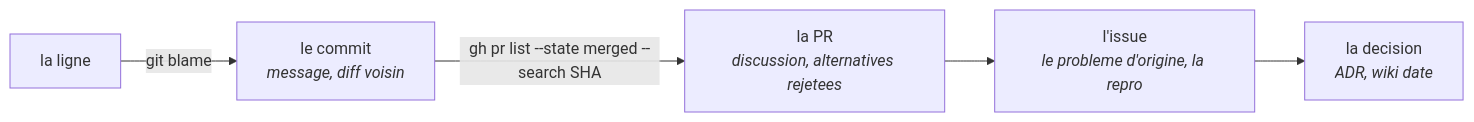
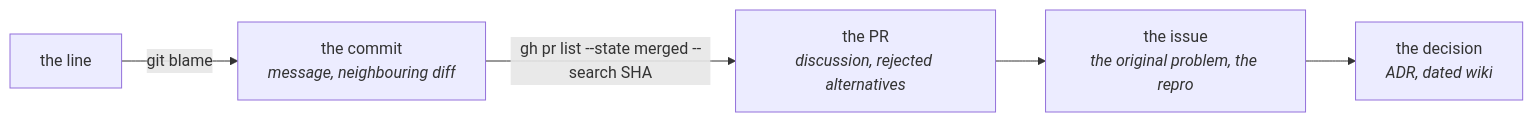
The second of 2 diagrams in skills/explorer-le-code/SKILL.md (MasterLaplace/LplCraftSkills), drawn with Mermaid before and after one commit. The commit also changed other lines of this file and 16 other files, not shown here.

First line of the commit message:
docs: Mermaid diagram text moves to English, the prose stays French

````diff
--- a/skills/explorer-le-code/SKILL.md
+++ b/skills/explorer-le-code/SKILL.md
@@ -236,7 +236,7 @@
 ```mermaid
 flowchart LR
-  L["la ligne"] -->|"git blame"| C["le commit<br/><i>message, diff voisin</i>"]
-  C -->|"gh pr list --state merged --search SHA"| P["la PR<br/><i>discussion, alternatives rejetees</i>"]
-  P --> I["l'issue<br/><i>le probleme d'origine, la repro</i>"]
-  I --> D["la decision<br/><i>ADR, wiki date</i>"]
+  L["the line"] -->|"git blame"| C["the commit<br/><i>message, neighbouring diff</i>"]
+  C -->|"gh pr list --state merged --search SHA"| P["the PR<br/><i>discussion, rejected alternatives</i>"]
+  P --> I["the issue<br/><i>the original problem, the repro</i>"]
+  I --> D["the decision<br/><i>ADR, dated wiki</i>"]
 ```
````
